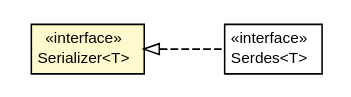
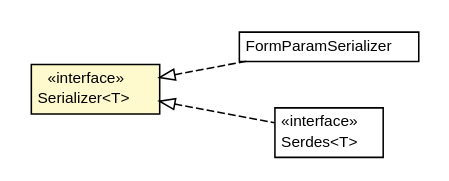
One commit to growbit/turbogwt-core changed the diagram in javadoc/apidocs/org/turbogwt/core/http/client/serialization/Serializer.dot. Above: the diagram before and after it, drawn with Graphviz. The commit also changed 275 other files, not shown here.

```diff
--- a/javadoc/apidocs/org/turbogwt/core/http/client/serialization/Serializer.dot
+++ b/javadoc/apidocs/org/turbogwt/core/http/client/serialization/Serializer.dot
@@ -1,29 +1,37 @@
 #!/usr/local/bin/dot
 #
 # Class diagram 
 # Generated by UMLGraph version R5_6-24-gf6e263 (http://www.umlgraph.org/)
 #
 
 digraph G {
-	edge [fontname="arial",fontsize=10,labelfontname="arial",labelfontsize=10];
-	node [fontname="arial",fontsize=10,shape=plaintext];
+	edge [fontname="Helvetica",fontsize=10,labelfontname="Helvetica",labelfontsize=10];
+	node [fontname="Helvetica",fontsize=10,shape=plaintext];
 	nodesep=0.25;
 	ranksep=0.5;
 	rankdir=LR;
+	// org.turbogwt.core.http.client.serialization.FormParamSerializer
+	c4739 [label=<<table title="org.turbogwt.core.http.client.serialization.FormParamSerializer" border="0" cellborder="1" cellspacing="0" cellpadding="2" port="p" href="./FormParamSerializer.html">
+		<tr><td><table border="0" cellspacing="0" cellpadding="1">
+<tr><td align="center" balign="center"> FormParamSerializer </td></tr>
+		</table></td></tr>
+		</table>>, URL="./FormParamSerializer.html", fontname="Helvetica", fontcolor="black", fontsize=10.0];
+	// org.turbogwt.core.http.client.serialization.Serdes<T>
+	c4756 [label=<<table title="org.turbogwt.core.http.client.serialization.Serdes" border="0" cellborder="1" cellspacing="0" cellpadding="2" port="p" href="./Serdes.html">
+		<tr><td><table border="0" cellspacing="0" cellpadding="1">
+<tr><td align="center" balign="center"> &#171;interface&#187; </td></tr>
+<tr><td align="center" balign="center"> Serdes&lt;T&gt; </td></tr>
+		</table></td></tr>
+		</table>>, URL="./Serdes.html", fontname="Helvetica", fontcolor="black", fontsize=10.0];
 	// org.turbogwt.core.http.client.serialization.Serializer<T>
-	c3463 [label=<<table title="org.turbogwt.core.http.client.serialization.Serializer" border="0" cellborder="1" cellspacing="0" cellpadding="2" port="p" bgcolor="lemonChiffon" href="./Serializer.html">
+	c4758 [label=<<table title="org.turbogwt.core.http.client.serialization.Serializer" border="0" cellborder="1" cellspacing="0" cellpadding="2" port="p" bgcolor="lemonChiffon" href="./Serializer.html">
 		<tr><td><table border="0" cellspacing="0" cellpadding="1">
 <tr><td align="center" balign="center"> &#171;interface&#187; </td></tr>
 <tr><td align="center" balign="center"> Serializer&lt;T&gt; </td></tr>
 		</table></td></tr>
-		</table>>, URL="./Serializer.html", fontname="arial", fontcolor="black", fontsize=10.0];
-	// org.turbogwt.core.http.client.serialization.Serdes<T>
-	c3467 [label=<<table title="org.turbogwt.core.http.client.serialization.Serdes" border="0" cellborder="1" cellspacing="0" cellpadding="2" port="p" href="./Serdes.html">
-		<tr><td><table border="0" cellspacing="0" cellpadding="1">
-<tr><td align="center" balign="center"> &#171;interface&#187; </td></tr>
-<tr><td align="center" balign="center"> Serdes&lt;T&gt; </td></tr>
-		</table></td></tr>
-		</table>>, URL="./Serdes.html", fontname="arial", fontcolor="black", fontsize=10.0];
+		</table>>, URL="./Serializer.html", fontname="Helvetica", fontcolor="black", fontsize=10.0];
+	//org.turbogwt.core.http.client.serialization.FormParamSerializer implements org.turbogwt.core.http.client.serialization.Serializer<T>
+	c4758:p -> c4739:p [dir=back,arrowtail=empty,style=dashed];
 	//org.turbogwt.core.http.client.serialization.Serdes<T> implements org.turbogwt.core.http.client.serialization.Serializer<T>
-	c3463:p -> c3467:p [dir=back,arrowtail=empty,style=dashed];
+	c4758:p -> c4756:p [dir=back,arrowtail=empty,style=dashed];
 }
```
